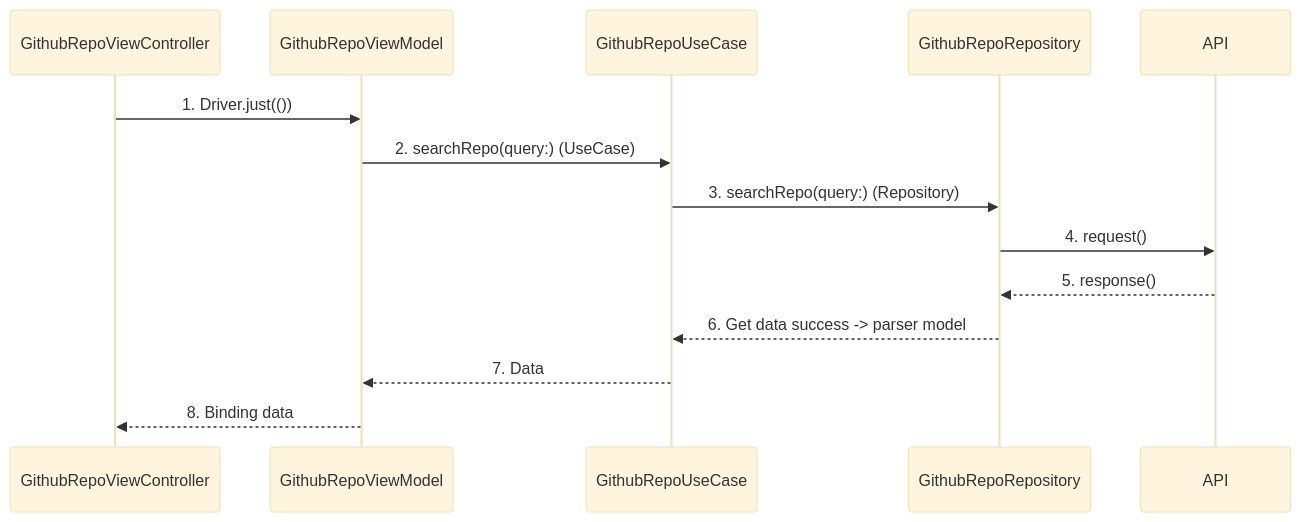
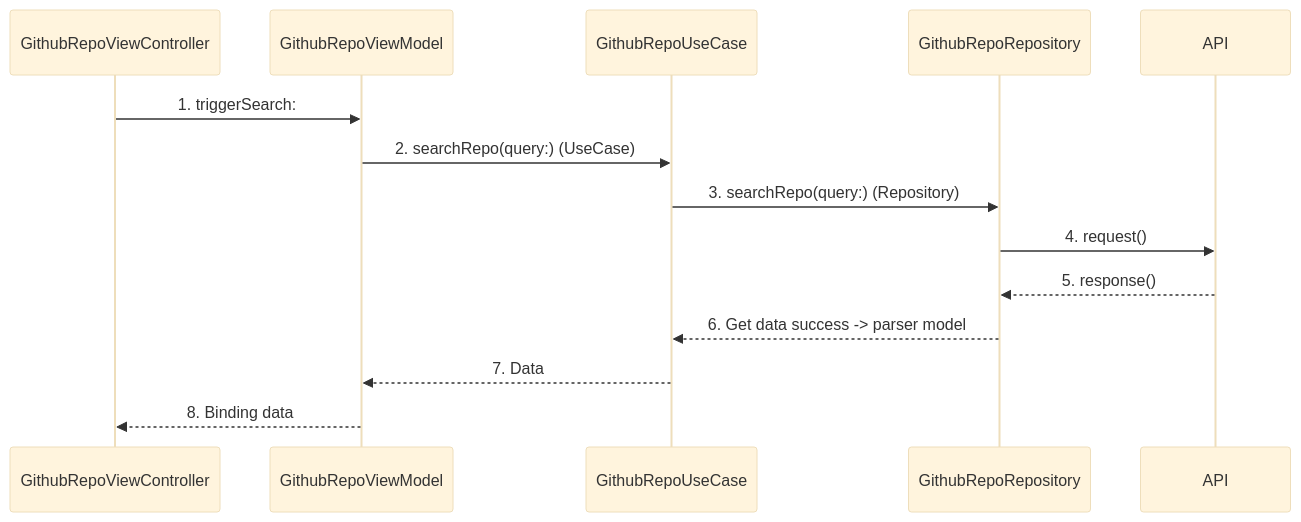
Before and after one commit to huyparody/CleanArchitecture-MVVM-C-RxSwift: the diagram in README.md, drawn with Mermaid (base theme).

````diff
--- a/README.md
+++ b/README.md
@@ -249,11 +249,11 @@
 ```mermaid
 sequenceDiagram
-GithubRepoViewController ->> GithubRepoViewModel: 1. Driver.just(())
+GithubRepoViewController ->> GithubRepoViewModel: 1. triggerSearch:
 GithubRepoViewModel ->> GithubRepoUseCase: 2. searchRepo(query:) (UseCase)
 GithubRepoUseCase ->> GithubRepoRepository: 3. searchRepo(query:) (Repository)
 GithubRepoRepository ->> API: 4. request()
 API -->> GithubRepoRepository: 5. response()
 GithubRepoRepository -->> GithubRepoUseCase: 6. Get data success -> parser model
 GithubRepoUseCase -->> GithubRepoViewModel: 7. Data
 GithubRepoViewModel -->> GithubRepoViewController: 8. Binding data
 ```
````
